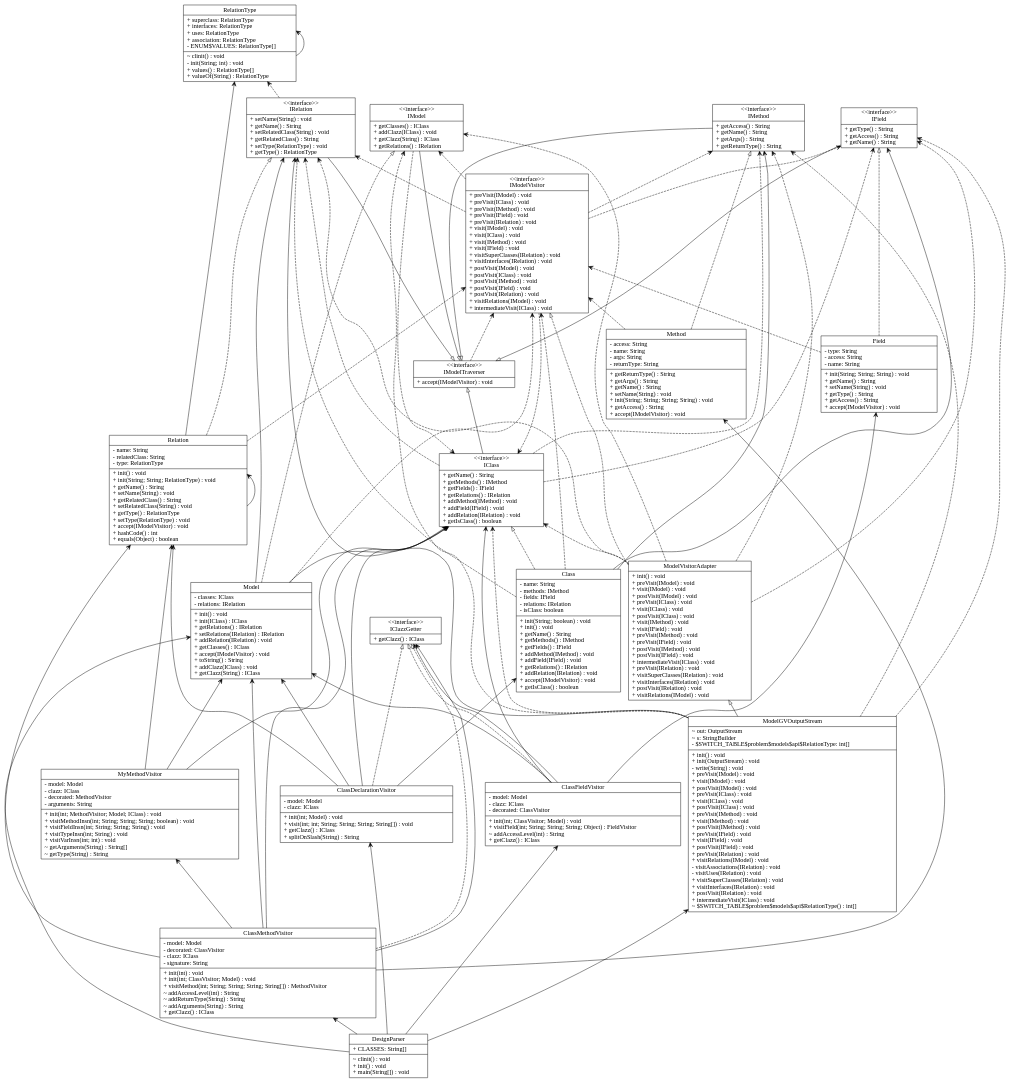
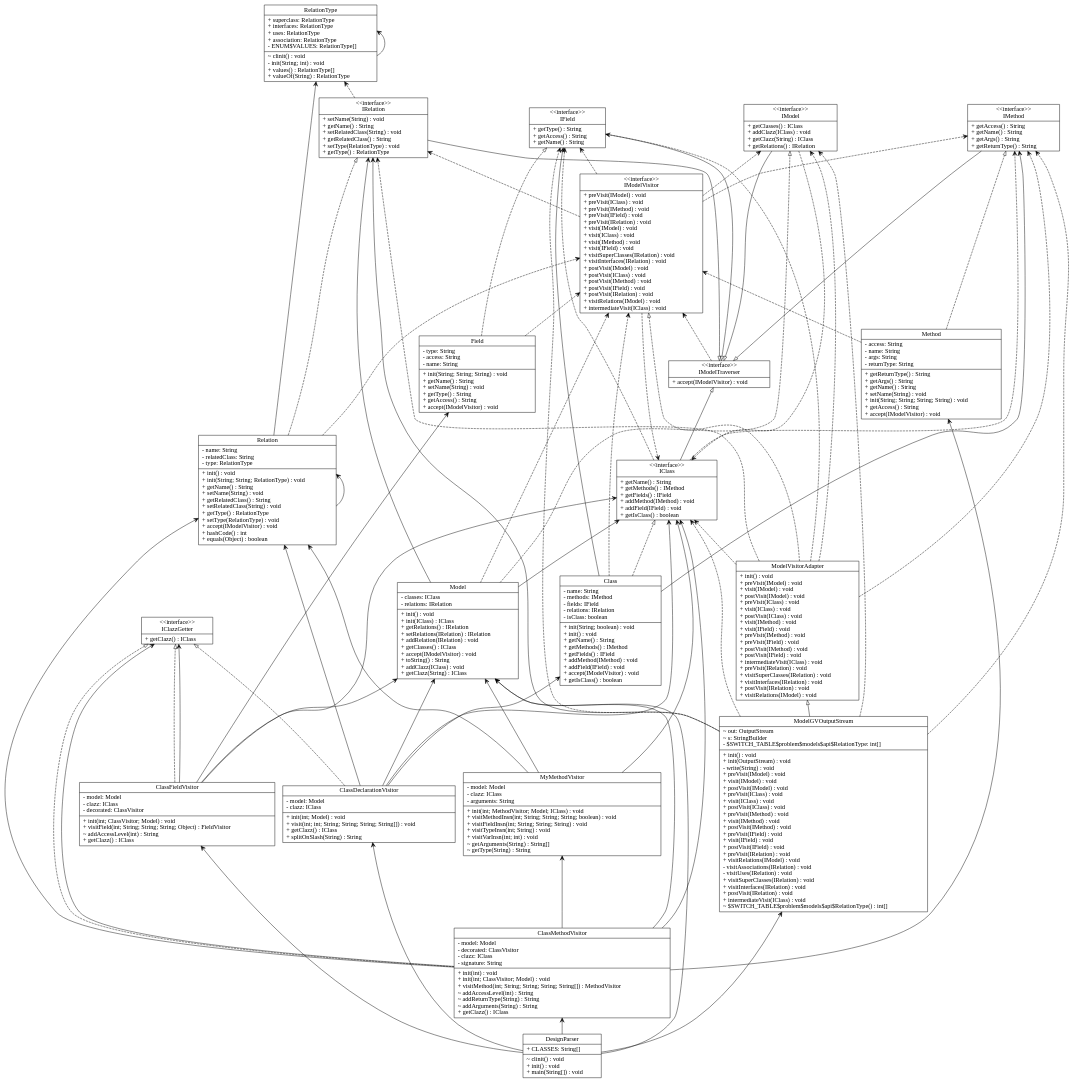
One commit to tpunt3/Csse374 changed the diagram in input_output/model.gv. Above: the diagram before and after it, drawn with Graphviz. The commit also changed 13 other files, not shown here.

```diff
--- a/input_output/model.gv
+++ b/input_output/model.gv
@@ -1,180 +1,178 @@
 digraph model{
 rankdir = BT;
 ClassDeclarationVisitor [
 shape="record",
 label = "{ClassDeclarationVisitor| - model: Model\l- clazz: IClass\l|+ init(int; Model) : void\l+ visit(int; int; String; String; String; String[]) : void\l+ getClazz() : IClass\l+ splitOnSlash(String) : String\l}"
 ];
 
 ClassFieldVisitor [
 shape="record",
 label = "{ClassFieldVisitor| - model: Model\l- clazz: IClass\l- decorated: ClassVisitor\l|+ init(int; ClassVisitor; Model) : void\l+ visitField(int; String; String; String; Object) : FieldVisitor\l~ addAccessLevel(int) : String\l+ getClazz() : IClass\l}"
 ];
 
 ClassMethodVisitor [
 shape="record",
 label = "{ClassMethodVisitor| - model: Model\l- decorated: ClassVisitor\l- clazz: IClass\l- signature: String\l|+ init(int) : void\l+ init(int; ClassVisitor; Model) : void\l+ visitMethod(int; String; String; String; String[]) : MethodVisitor\l~ addAccessLevel(int) : String\l~ addReturnType(String) : String\l~ addArguments(String) : String\l+ getClazz() : IClass\l}"
 ];
 
 DesignParser [
 shape="record",
 label = "{DesignParser| + CLASSES: String[]\l|~ clinit() : void\l+ init() : void\l+ main(String[]) : void\l}"
 ];
 
 IClazzGetter [
 shape="record",
 label = "{\<\<interface\>\>\nIClazzGetter| + getClazz() : IClass\l}"
 ];
 
 MyMethodVisitor [
 shape="record",
-label = "{MyMethodVisitor| - model: Model\l- clazz: IClass\l- decorated: MethodVisitor\l- arguments: String\l|+ init(int; MethodVisitor; Model; IClass) : void\l+ visitMethodInsn(int; String; String; String; boolean) : void\l+ visitFieldInsn(int; String; String; String) : void\l+ visitTypeInsn(int; String) : void\l+ visitVarInsn(int; int) : void\l~ getArguments(String) : String[]\l~ getType(String) : String\l}"
+label = "{MyMethodVisitor| - model: Model\l- clazz: IClass\l- arguments: String\l|+ init(int; MethodVisitor; Model; IClass) : void\l+ visitMethodInsn(int; String; String; String; boolean) : void\l+ visitFieldInsn(int; String; String; String) : void\l+ visitTypeInsn(int; String) : void\l+ visitVarInsn(int; int) : void\l~ getArguments(String) : String[]\l~ getType(String) : String\l}"
 ];
 
 IModelTraverser [
 shape="record",
 label = "{\<\<interface\>\>\nIModelTraverser| + accept(IModelVisitor) : void\l}"
 ];
 
 IModelVisitor [
 shape="record",
 label = "{\<\<interface\>\>\nIModelVisitor| + preVisit(IModel) : void\l+ preVisit(IClass) : void\l+ preVisit(IMethod) : void\l+ preVisit(IField) : void\l+ preVisit(IRelation) : void\l+ visit(IModel) : void\l+ visit(IClass) : void\l+ visit(IMethod) : void\l+ visit(IField) : void\l+ visitSuperClasses(IRelation) : void\l+ visitInterfaces(IRelation) : void\l+ postVisit(IModel) : void\l+ postVisit(IClass) : void\l+ postVisit(IMethod) : void\l+ postVisit(IField) : void\l+ postVisit(IRelation) : void\l+ visitRelations(IModel) : void\l+ intermediateVisit(IClass) : void\l}"
 ];
 
 ModelVisitorAdapter [
 shape="record",
 label = "{ModelVisitorAdapter| + init() : void\l+ preVisit(IModel) : void\l+ visit(IModel) : void\l+ postVisit(IModel) : void\l+ preVisit(IClass) : void\l+ visit(IClass) : void\l+ postVisit(IClass) : void\l+ visit(IMethod) : void\l+ visit(IField) : void\l+ preVisit(IMethod) : void\l+ preVisit(IField) : void\l+ postVisit(IMethod) : void\l+ postVisit(IField) : void\l+ intermediateVisit(IClass) : void\l+ preVisit(IRelation) : void\l+ visitSuperClasses(IRelation) : void\l+ visitInterfaces(IRelation) : void\l+ postVisit(IRelation) : void\l+ visitRelations(IModel) : void\l}"
 ];
 
 IClass [
 shape="record",
-label = "{\<\<interface\>\>\nIClass| + getName() : String\l+ getMethods() : IMethod\l+ getFields() : IField\l+ getRelations() : IRelation\l+ addMethod(IMethod) : void\l+ addField(IField) : void\l+ addRelation(IRelation) : void\l+ getIsClass() : boolean\l}"
+label = "{\<\<interface\>\>\nIClass| + getName() : String\l+ getMethods() : IMethod\l+ getFields() : IField\l+ addMethod(IMethod) : void\l+ addField(IField) : void\l+ getIsClass() : boolean\l}"
 ];
 
 IField [
 shape="record",
 label = "{\<\<interface\>\>\nIField| + getType() : String\l+ getAccess() : String\l+ getName() : String\l}"
 ];
 
 IMethod [
 shape="record",
 label = "{\<\<interface\>\>\nIMethod| + getAccess() : String\l+ getName() : String\l+ getArgs() : String\l+ getReturnType() : String\l}"
 ];
 
 IModel [
 shape="record",
 label = "{\<\<interface\>\>\nIModel| + getClasses() : IClass\l+ addClazz(IClass) : void\l+ getClazz(String) : IClass\l+ getRelations() : IRelation\l}"
 ];
 
 IRelation [
 shape="record",
 label = "{\<\<interface\>\>\nIRelation| + setName(String) : void\l+ getName() : String\l+ setRelatedClass(String) : void\l+ getRelatedClass() : String\l+ setType(RelationType) : void\l+ getType() : RelationType\l}"
 ];
 
 RelationType [
 shape="record",
 label = "{RelationType| + superclass: RelationType\l+ interfaces: RelationType\l+ uses: RelationType\l+ association: RelationType\l- ENUM$VALUES: RelationType[]\l|~ clinit() : void\l- init(String; int) : void\l+ values() : RelationType[]\l+ valueOf(String) : RelationType\l}"
 ];
 
 Class [
 shape="record",
-label = "{Class| - name: String\l- methods: IMethod\l- fields: IField\l- relations: IRelation\l- isClass: boolean\l|+ init(String; boolean) : void\l+ init() : void\l+ getName() : String\l+ getMethods() : IMethod\l+ getFields() : IField\l+ addMethod(IMethod) : void\l+ addField(IField) : void\l+ getRelations() : IRelation\l+ addRelation(IRelation) : void\l+ accept(IModelVisitor) : void\l+ getIsClass() : boolean\l}"
+label = "{Class| - name: String\l- methods: IMethod\l- fields: IField\l- relations: IRelation\l- isClass: boolean\l|+ init(String; boolean) : void\l+ init() : void\l+ getName() : String\l+ getMethods() : IMethod\l+ getFields() : IField\l+ addMethod(IMethod) : void\l+ addField(IField) : void\l+ accept(IModelVisitor) : void\l+ getIsClass() : boolean\l}"
 ];
 
 Field [
 shape="record",
 label = "{Field| - type: String\l- access: String\l- name: String\l|+ init(String; String; String) : void\l+ getName() : String\l+ setName(String) : void\l+ getType() : String\l+ getAccess() : String\l+ accept(IModelVisitor) : void\l}"
 ];
 
 Method [
 shape="record",
 label = "{Method| - access: String\l- name: String\l- args: String\l- returnType: String\l|+ getReturnType() : String\l+ getArgs() : String\l+ getName() : String\l+ setName(String) : void\l+ init(String; String; String; String) : void\l+ getAccess() : String\l+ accept(IModelVisitor) : void\l}"
 ];
 
 Model [
 shape="record",
 label = "{Model| - classes: IClass\l- relations: IRelation\l|+ init() : void\l+ init(IClass) : IClass\l+ getRelations() : IRelation\l+ setRelations(IRelation) : IRelation\l+ addRelation(IRelation) : void\l+ getClasses() : IClass\l+ accept(IModelVisitor) : void\l+ toString() : String\l+ addClazz(IClass) : void\l+ getClazz(String) : IClass\l}"
 ];
 
 ModelGVOutputStream [
 shape="record",
 label = "{ModelGVOutputStream| ~ out: OutputStream\l~ s: StringBuilder\l- $SWITCH_TABLE$problem$models$api$RelationType: int[]\l|+ init() : void\l+ init(OutputStream) : void\l- write(String) : void\l+ preVisit(IModel) : void\l+ visit(IModel) : void\l+ postVisit(IModel) : void\l+ preVisit(IClass) : void\l+ visit(IClass) : void\l+ postVisit(IClass) : void\l+ preVisit(IMethod) : void\l+ visit(IMethod) : void\l+ postVisit(IMethod) : void\l+ preVisit(IField) : void\l+ visit(IField) : void\l+ postVisit(IField) : void\l+ preVisit(IRelation) : void\l+ visitRelations(IModel) : void\l- visitAssociations(IRelation) : void\l- visitUses(IRelation) : void\l+ visitSuperClasses(IRelation) : void\l+ visitInterfaces(IRelation) : void\l+ postVisit(IRelation) : void\l+ intermediateVisit(IClass) : void\l~ $SWITCH_TABLE$problem$models$api$RelationType() : int[]\l}"
 ];
 
 Relation [
 shape="record",
 label = "{Relation| - name: String\l- relatedClass: String\l- type: RelationType\l|+ init() : void\l+ init(String; String; RelationType) : void\l+ getName() : String\l+ setName(String) : void\l+ getRelatedClass() : String\l+ setRelatedClass(String) : void\l+ getType() : RelationType\l+ setType(RelationType) : void\l+ accept(IModelVisitor) : void\l+ hashCode() : int\l+ equals(Object) : boolean\l}"
 ];
 
 //writing relations between classes now
 ClassDeclarationVisitor -> IClazzGetter [arrowhead = "empty", style = "dashed"];
 ClassDeclarationVisitor -> Model [arrowhead = "vee"];
 ClassDeclarationVisitor -> Class [arrowhead = "vee"];
 ClassDeclarationVisitor -> IClass [arrowhead = "vee"];
 ClassDeclarationVisitor -> Relation [arrowhead = "vee"];
 ClassFieldVisitor -> IClazzGetter [arrowhead = "empty", style = "dashed"];
 ClassFieldVisitor -> Model [arrowhead = "vee"];
 ClassFieldVisitor -> IClass [arrowhead = "vee"];
 ClassFieldVisitor -> Field [arrowhead = "vee"];
 ClassFieldVisitor -> IClazzGetter [arrowhead = "vee"];
 ClassMethodVisitor -> IClazzGetter [arrowhead = "empty", style = "dashed"];
 ClassMethodVisitor -> IClass [arrowhead = "vee"];
 ClassMethodVisitor -> Model [arrowhead = "vee"];
 ClassMethodVisitor -> MyMethodVisitor [arrowhead = "vee"];
 ClassMethodVisitor -> Relation [arrowhead = "vee"];
 ClassMethodVisitor -> Method [arrowhead = "vee"];
 ClassMethodVisitor -> IClazzGetter [arrowhead = "vee"];
 DesignParser -> Model [arrowhead = "vee"];
 DesignParser -> ClassDeclarationVisitor [arrowhead = "vee"];
 DesignParser -> ClassFieldVisitor [arrowhead = "vee"];
 DesignParser -> ClassMethodVisitor [arrowhead = "vee"];
 DesignParser -> ModelGVOutputStream [arrowhead = "vee"];
 MyMethodVisitor -> Model [arrowhead = "vee"];
 MyMethodVisitor -> IClass [arrowhead = "vee"];
 MyMethodVisitor -> Relation [arrowhead = "vee"];
 IModelTraverser -> IModelVisitor [arrowhead = "vee", style = "dashed"];
 IModelVisitor -> IModel [arrowhead = "vee", style = "dashed"];
 IModelVisitor -> IClass [arrowhead = "vee", style = "dashed"];
 IModelVisitor -> IMethod [arrowhead = "vee", style = "dashed"];
 IModelVisitor -> IField [arrowhead = "vee", style = "dashed"];
 IModelVisitor -> IRelation [arrowhead = "vee", style = "dashed"];
 ModelVisitorAdapter -> IModelVisitor [arrowhead = "empty", style = "dashed"];
 ModelVisitorAdapter -> IModel [arrowhead = "vee", style = "dashed"];
 ModelVisitorAdapter -> IClass [arrowhead = "vee", style = "dashed"];
 ModelVisitorAdapter -> IMethod [arrowhead = "vee", style = "dashed"];
 ModelVisitorAdapter -> IField [arrowhead = "vee", style = "dashed"];
 ModelVisitorAdapter -> IRelation [arrowhead = "vee", style = "dashed"];
 IClass -> IModelTraverser [arrowhead = "empty"];
 IClass -> IMethod [arrowhead = "vee", style = "dashed"];
 IClass -> IField [arrowhead = "vee", style = "dashed"];
-IClass -> IRelation [arrowhead = "vee", style = "dashed"];
 IField -> IModelTraverser [arrowhead = "empty"];
 IMethod -> IModelTraverser [arrowhead = "empty"];
 IModel -> IModelTraverser [arrowhead = "empty"];
 IModel -> IClass [arrowhead = "vee", style = "dashed"];
 IRelation -> IModelTraverser [arrowhead = "empty"];
 IRelation -> RelationType [arrowhead = "vee", style = "dashed"];
 RelationType -> RelationType [arrowhead = "vee"];
 Class -> IClass [arrowhead = "empty", style = "dashed"];
-Class -> IRelation [arrowhead = "vee", style = "dashed"];
 Class -> IModelVisitor [arrowhead = "vee", style = "dashed"];
 Class -> IField [arrowhead = "vee"];
 Class -> IMethod [arrowhead = "vee"];
 Field -> IField [arrowhead = "empty", style = "dashed"];
 Field -> IModelVisitor [arrowhead = "vee", style = "dashed"];
 Method -> IMethod [arrowhead = "empty", style = "dashed"];
 Method -> IModelVisitor [arrowhead = "vee", style = "dashed"];
 Model -> IModel [arrowhead = "empty", style = "dashed"];
 Model -> IRelation [arrowhead = "vee"];
 Model -> IModelVisitor [arrowhead = "vee", style = "dashed"];
 Model -> IClass [arrowhead = "vee"];
 ModelGVOutputStream -> ModelVisitorAdapter [arrowhead = "empty"];
 ModelGVOutputStream -> IModel [arrowhead = "vee", style = "dashed"];
 ModelGVOutputStream -> IClass [arrowhead = "vee", style = "dashed"];
 ModelGVOutputStream -> IMethod [arrowhead = "vee", style = "dashed"];
 ModelGVOutputStream -> IField [arrowhead = "vee", style = "dashed"];
 ModelGVOutputStream -> IRelation [arrowhead = "vee"];
 Relation -> IRelation [arrowhead = "empty", style = "dashed"];
 Relation -> RelationType [arrowhead = "vee"];
 Relation -> IModelVisitor [arrowhead = "vee", style = "dashed"];
 Relation -> Relation [arrowhead = "vee"];
 }
```
